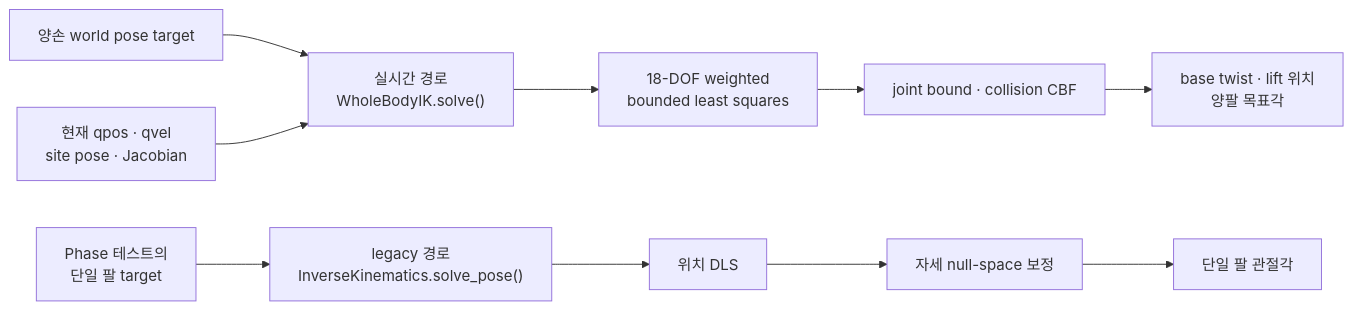
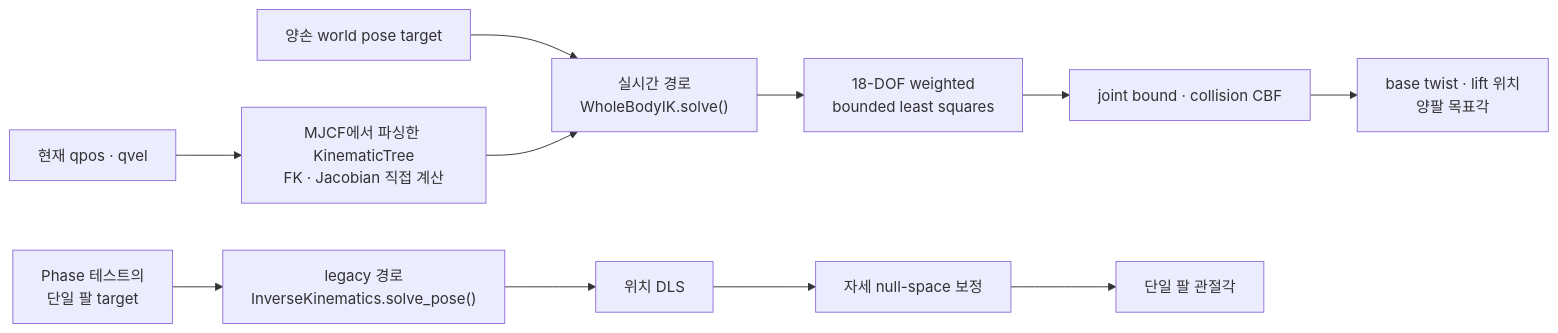
Before and after one commit to ggh-png/ffw-sh5-grasp: the first of 3 diagrams in docs/guide/ros2/06-inverse-kinematics.md, drawn with Mermaid. The commit also changed other lines of this file and 40 other files, not shown here.

````diff
--- a/docs/guide/ros2/06-inverse-kinematics.md
+++ b/docs/guide/ros2/06-inverse-kinematics.md
@@ -36,13 +36,14 @@
 ```mermaid
 flowchart LR
     TARGET["양손 world pose target"] --> LIVE["실시간 경로<br>WholeBodyIK.solve()"]
-    STATE["현재 qpos · qvel<br>site pose · Jacobian"] --> LIVE
+    STATE["현재 qpos · qvel"] --> TREE["MJCF에서 파싱한 KinematicTree<br>FK · Jacobian 직접 계산"]
+    TREE --> LIVE
     LIVE --> BVLS["18-DOF weighted<br>bounded least squares"]
     BVLS --> SAFE["joint bound · collision CBF"]
     SAFE --> CMD["base twist · lift 위치<br>양팔 목표각"]
 
     SAMPLE["Phase 테스트의<br>단일 팔 target"] --> LEGACY["legacy 경로<br>InverseKinematics.solve_pose()"]
     LEGACY --> DLS["위치 DLS"]
     DLS --> NULL["자세 null-space 보정"]
     NULL --> QARM["단일 팔 관절각"]
 ```
````
